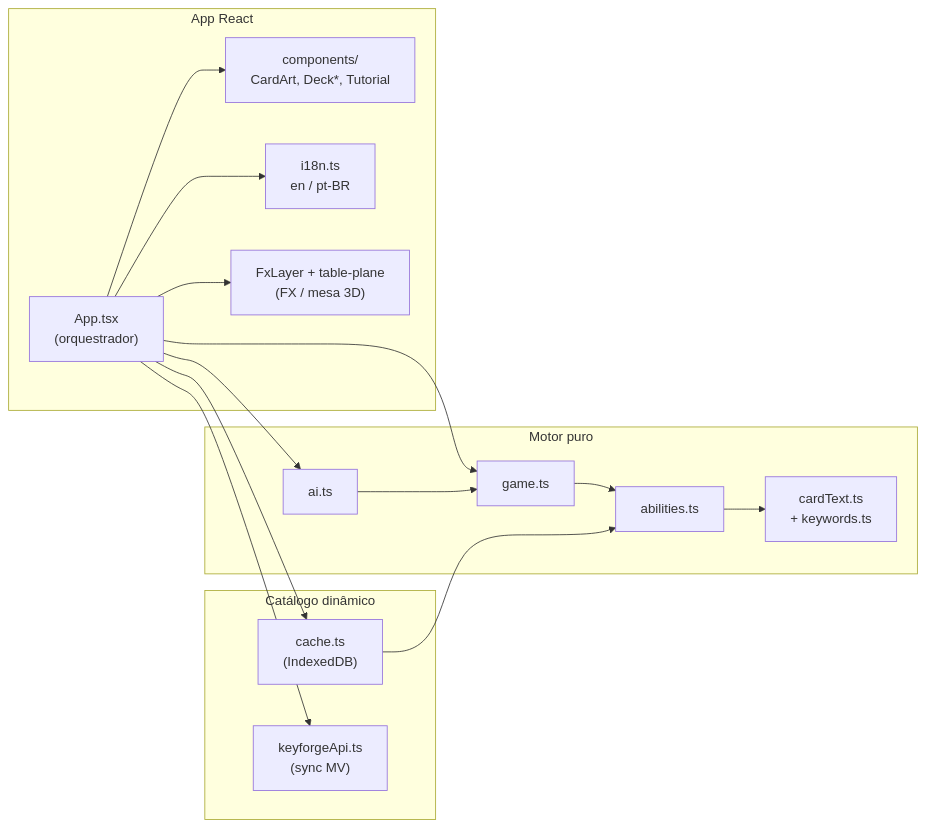
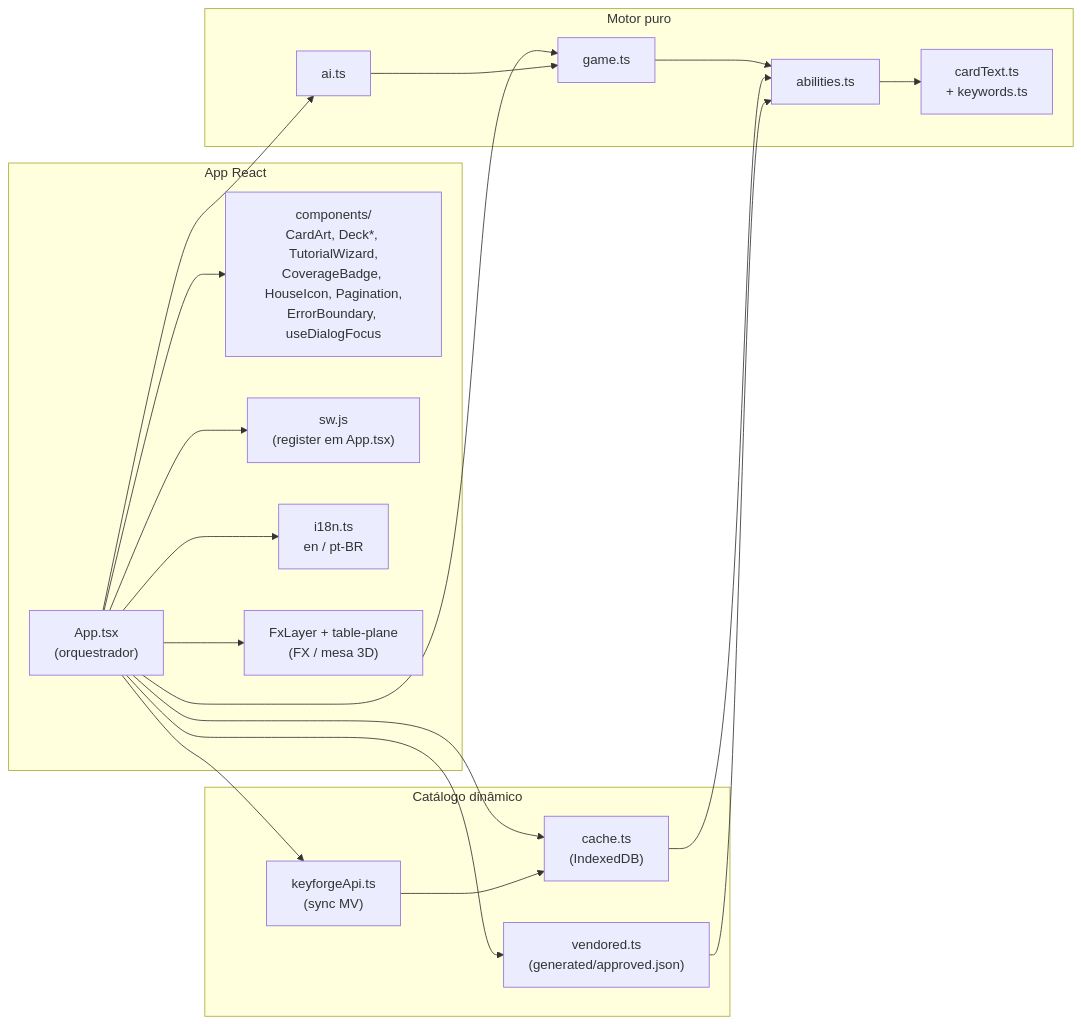
Before and after one commit to pedrohenriquebr/aember-arena: the first of 14 diagrams in docs/ARCHITECTURE.md, drawn with Mermaid. The commit also changed other lines of this file, not shown here.

````diff
--- a/docs/ARCHITECTURE.md
+++ b/docs/ARCHITECTURE.md
@@ -17,30 +17,36 @@
 ```mermaid
 flowchart LR
   subgraph UI["App React"]
     APP["App.tsx<br/>(orquestrador)"]
-    COMP["components/<br/>CardArt, Deck*, Tutorial"]
+    COMP["components/<br/>CardArt, Deck*, TutorialWizard,<br/>CoverageBadge, HouseIcon, Pagination,<br/>ErrorBoundary, useDialogFocus"]
+    SWR["sw.js<br/>(register em App.tsx)"]
     I18N["i18n.ts<br/>en / pt-BR"]
     FX["FxLayer + table-plane<br/>(FX / mesa 3D)"]
   end
   subgraph MOTOR["Motor puro"]
     GAME["game.ts"]
     AI["ai.ts"]
     ABIL["abilities.ts"]
     TXT["cardText.ts<br/>+ keywords.ts"]
   end
   subgraph CAT["Catálogo dinâmico"]
     CACHE["cache.ts<br/>(IndexedDB)"]
     API["keyforgeApi.ts<br/>(sync MV)"]
+    VEND["vendored.ts<br/>(generated/approved.json)"]
   end
   APP --> COMP
   APP --> I18N
   APP --> FX
   APP --> GAME
   APP --> AI
   AI --> GAME
   GAME --> ABIL
   ABIL --> TXT
   APP --> CACHE
   APP --> API
   CACHE --> ABIL
+  API --> CACHE
+  VEND --> ABIL
+  APP --> VEND
+  APP --> SWR
 ```
````
